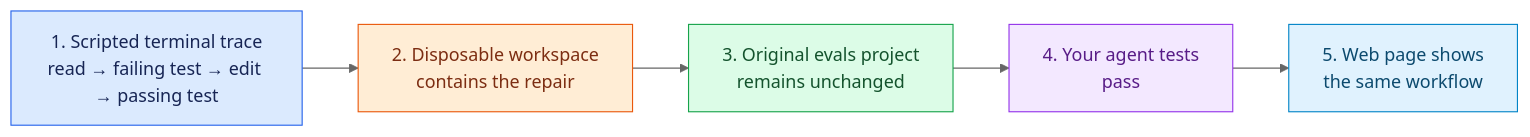
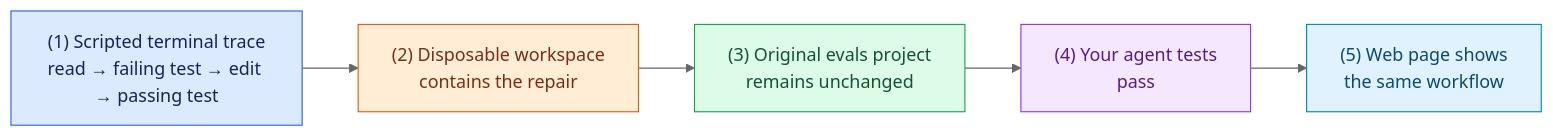
Before and after one commit to ForgettaAnthony/coding-agent-lab: the diagram in tasks/08-final-demonstration.md, drawn with Mermaid (neutral theme). The commit also changed other lines of this file and 8 other files, not shown here.

Commit message:
docs: number task flow diagrams

````diff
--- a/tasks/08-final-demonstration.md
+++ b/tasks/08-final-demonstration.md
@@ -13,19 +15,19 @@
 ```mermaid
 flowchart LR
-    trace["1. Scripted terminal trace\nread → failing test → edit → passing test"] --> copy["2. Disposable workspace\ncontains the repair"]
-    copy --> original["3. Original evals project\nremains unchanged"]
-    original --> tests["4. Your agent tests\npass"]
-    tests --> ui["5. Web page shows\nthe same workflow"]
+    trace["(1) Scripted terminal trace\nread → failing test → edit → passing test"] --> copy["(2) Disposable workspace\ncontains the repair"]
+    copy --> original["(3) Original evals project\nremains unchanged"]
+    original --> tests["(4) Your agent tests\npass"]
+    tests --> ui["(5) Web page shows\nthe same workflow"]
 
     classDef traceBox fill:#dbeafe,stroke:#2563eb,color:#172554
     classDef workspaceBox fill:#ffedd5,stroke:#ea580c,color:#7c2d12
     classDef originalBox fill:#dcfce7,stroke:#16a34a,color:#14532d
     classDef testBox fill:#f3e8ff,stroke:#9333ea,color:#581c87
     classDef uiBox fill:#e0f2fe,stroke:#0284c7,color:#0c4a6e
 
     class trace traceBox
     class copy workspaceBox
     class original originalBox
     class tests testBox
     class ui uiBox
 ```
````
